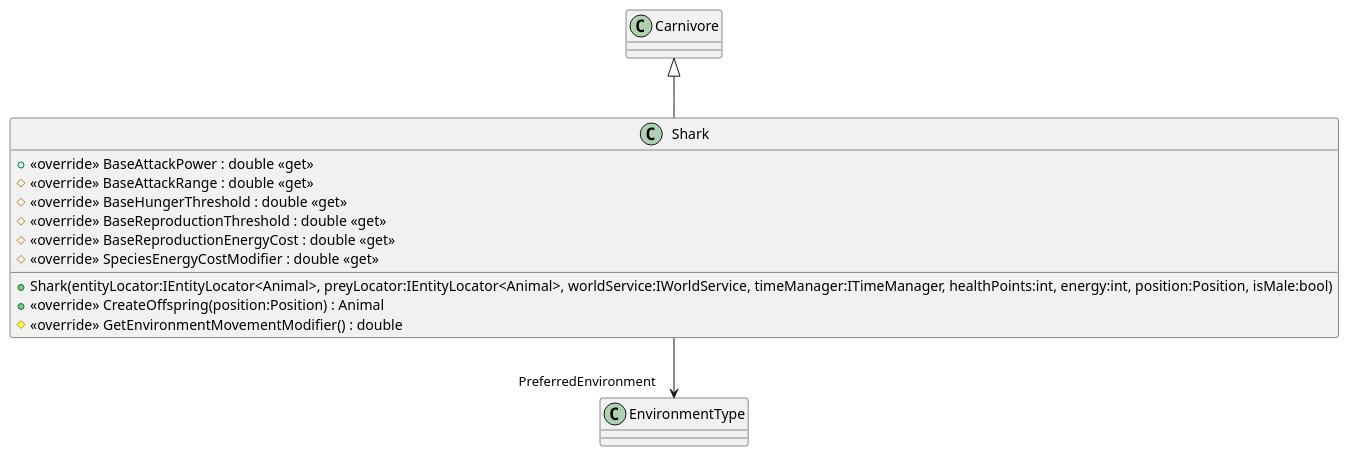
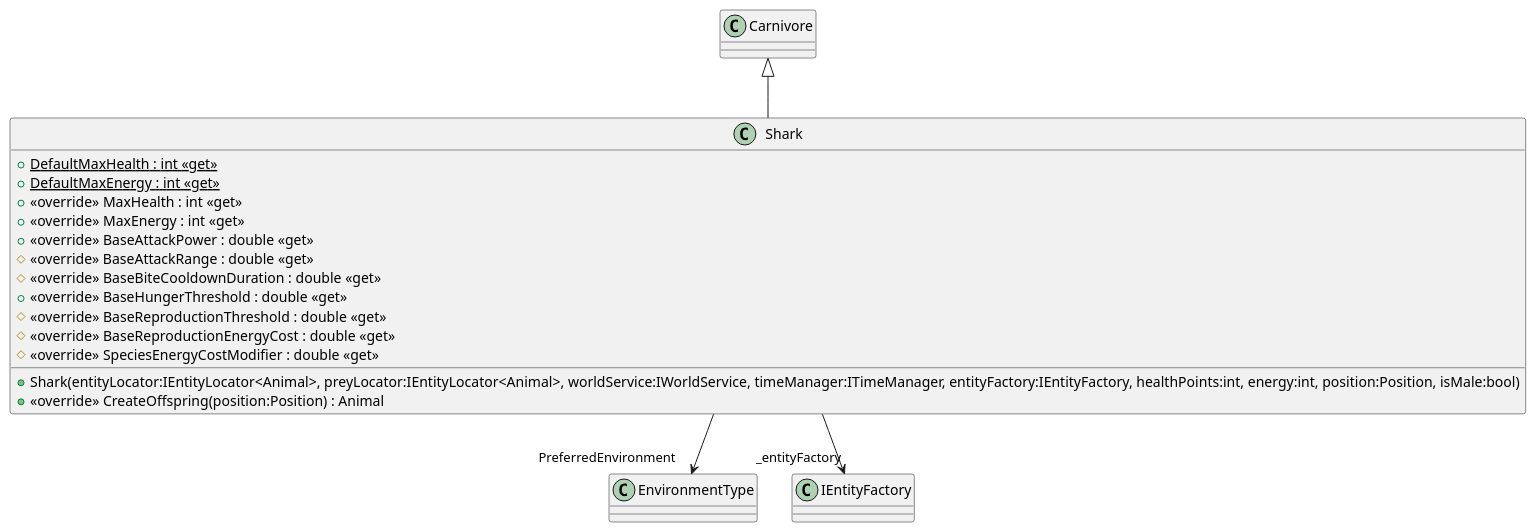
One commit to I42I/ecosystem changed the diagram in plantuml/Models/Entities/Animals/Carnivores/Shark.puml. Above: the diagram before and after it, drawn with PlantUML. The commit also changed 65 other files, not shown here.

```diff
--- a/plantuml/Models/Entities/Animals/Carnivores/Shark.puml
+++ b/plantuml/Models/Entities/Animals/Carnivores/Shark.puml
@@ -1,15 +1,20 @@
 @startuml
 class Shark {
+    + {static} DefaultMaxHealth : int <<get>>
+    + {static} DefaultMaxEnergy : int <<get>>
+    + <<override>> MaxHealth : int <<get>>
+    + <<override>> MaxEnergy : int <<get>>
     + <<override>> BaseAttackPower : double <<get>>
     # <<override>> BaseAttackRange : double <<get>>
-    # <<override>> BaseHungerThreshold : double <<get>>
+    # <<override>> BaseBiteCooldownDuration : double <<get>>
+    + <<override>> BaseHungerThreshold : double <<get>>
     # <<override>> BaseReproductionThreshold : double <<get>>
     # <<override>> BaseReproductionEnergyCost : double <<get>>
     # <<override>> SpeciesEnergyCostModifier : double <<get>>
-    + Shark(entityLocator:IEntityLocator<Animal>, preyLocator:IEntityLocator<Animal>, worldService:IWorldService, timeManager:ITimeManager, healthPoints:int, energy:int, position:Position, isMale:bool)
+    + Shark(entityLocator:IEntityLocator<Animal>, preyLocator:IEntityLocator<Animal>, worldService:IWorldService, timeManager:ITimeManager, entityFactory:IEntityFactory, healthPoints:int, energy:int, position:Position, isMale:bool)
     + <<override>> CreateOffspring(position:Position) : Animal
-    # <<override>> GetEnvironmentMovementModifier() : double
 }
 Carnivore <|-- Shark
 Shark --> "PreferredEnvironment" EnvironmentType
+Shark --> "_entityFactory" IEntityFactory
 @enduml
```
